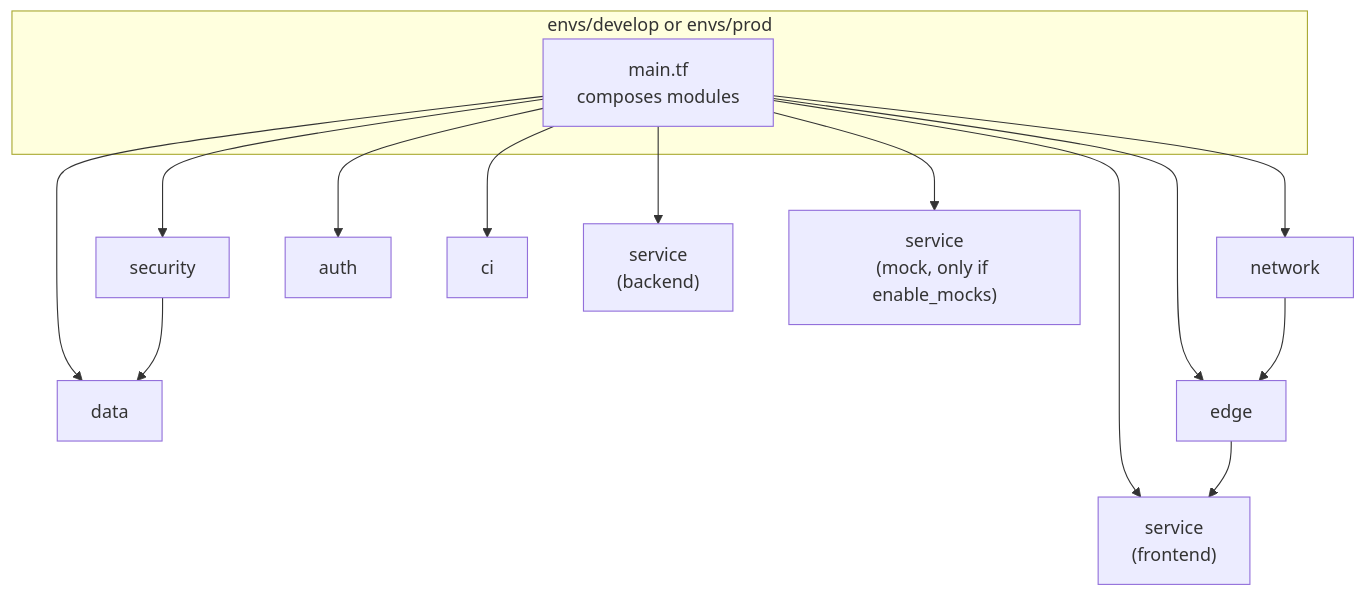
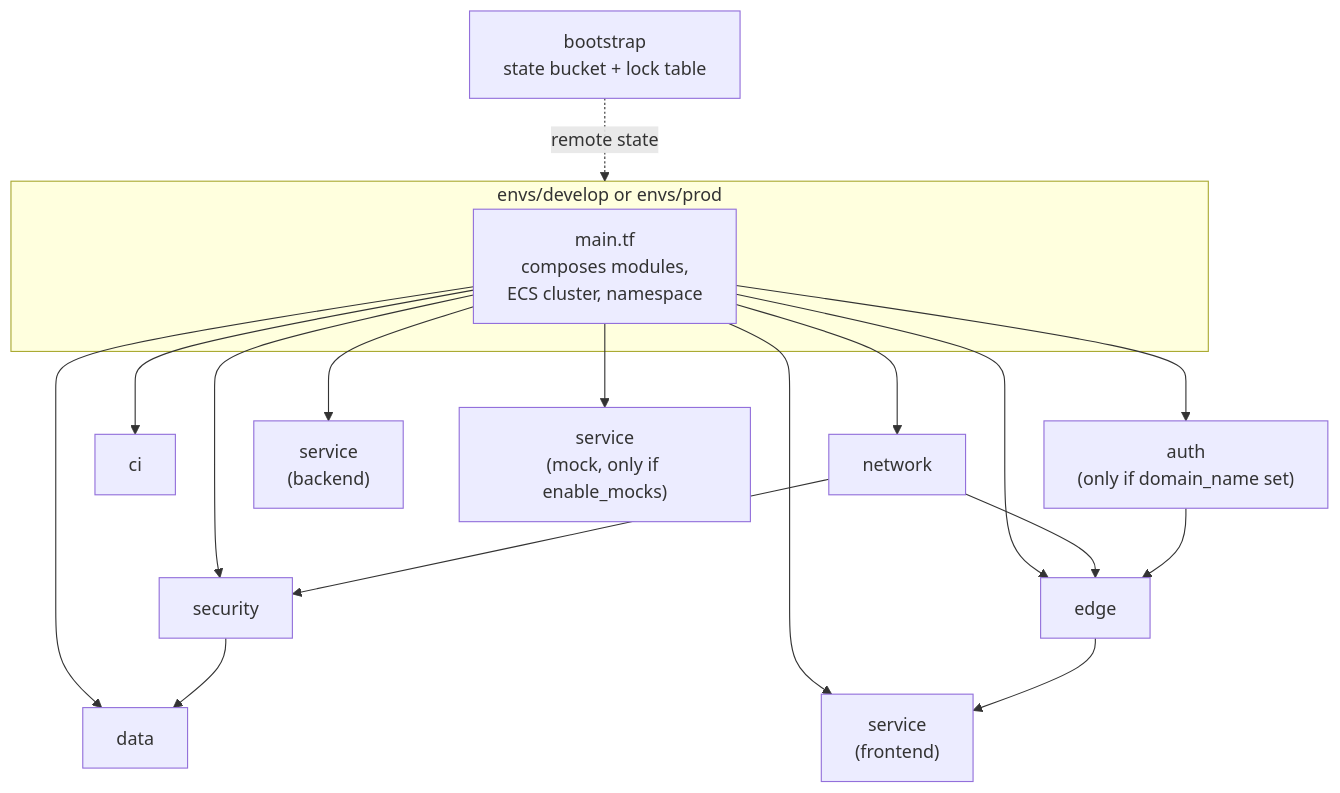
The diagram in docs/terraform.md (pjh4993/insurance-onboarding-assistant), drawn with Mermaid before and after one commit. The commit also changed other lines of this file and 12 other files, not shown here.

````diff
--- a/docs/terraform.md
+++ b/docs/terraform.md
@@ -23,13 +25,18 @@
 ```mermaid
 flowchart TB
+    boot["bootstrap<br/>state bucket + lock table"]
     subgraph env["envs/develop or envs/prod"]
-        main["main.tf<br/>composes modules"]
+        main["main.tf<br/>composes modules,<br/>ECS cluster, namespace"]
     end
-    main --> network & security & data & auth & edge & ci
+    boot -. "remote state" .-> env
+    main --> network & security & data & edge & ci
+    main --> auth["auth<br/>(only if domain_name set)"]
     main --> svc_fe["service<br/>(frontend)"]
     main --> svc_be["service<br/>(backend)"]
     main --> svc_mock["service<br/>(mock, only if enable_mocks)"]
+    network --> security
     security --> data
     network --> edge
+    auth --> edge
     edge --> svc_fe
 ```
````
